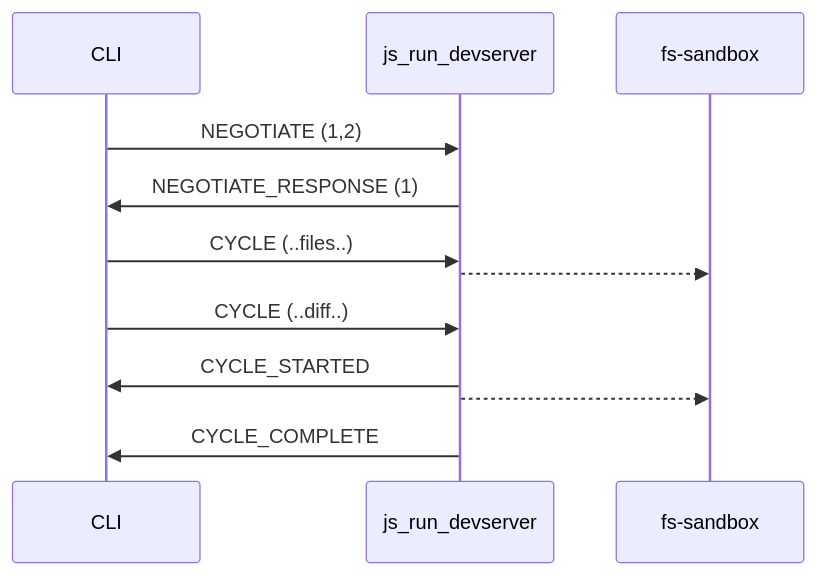
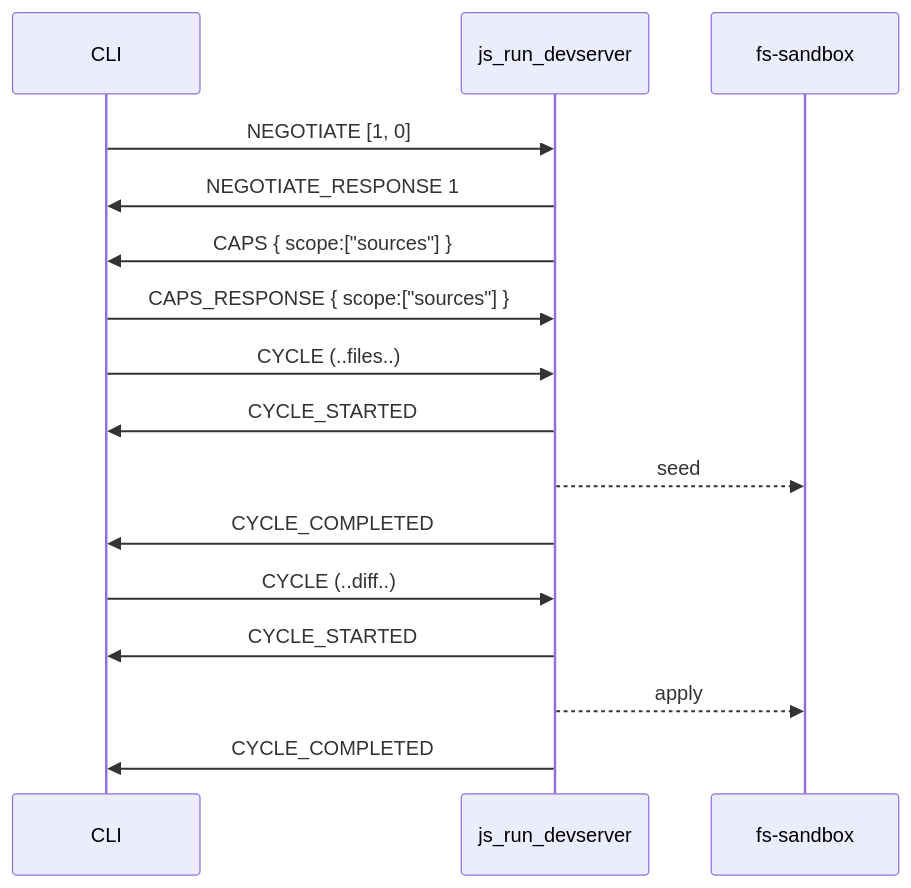
One commit to aspect-extensions/watchdog changed the first of 2 diagrams in INCREMENTAL_BUILD_PROTOCOL.md. Above: the diagram before and after it, drawn with Mermaid. The commit also changed other lines of this file and 2 other files, not shown here.

````diff
--- a/INCREMENTAL_BUILD_PROTOCOL.md
+++ b/INCREMENTAL_BUILD_PROTOCOL.md
@@ -213,15 +198,18 @@
 ```mermaid
 sequenceDiagram
     participant CLI
     participant js_run_devserver
     participant fs-sandbox
-    CLI->>js_run_devserver: NEGOTIATE (1,2)
-    js_run_devserver->>CLI: NEGOTIATE_RESPONSE (1)
+    CLI->>js_run_devserver: NEGOTIATE [1, 0]
+    js_run_devserver->>CLI: NEGOTIATE_RESPONSE 1
+    js_run_devserver->>CLI: CAPS { scope:["sources"] }
+    CLI->>js_run_devserver: CAPS_RESPONSE { scope:["sources"] }
     CLI->>js_run_devserver: CYCLE (..files..)
-    js_run_devserver-->>fs-sandbox:
+    js_run_devserver->>CLI: CYCLE_STARTED
+    js_run_devserver-->>fs-sandbox: seed
+    js_run_devserver->>CLI: CYCLE_COMPLETED
     CLI->>js_run_devserver: CYCLE (..diff..)
     js_run_devserver->>CLI: CYCLE_STARTED
-    js_run_devserver-->>fs-sandbox:
-    js_run_devserver->>CLI: CYCLE_COMPLETE
-
+    js_run_devserver-->>fs-sandbox: apply
+    js_run_devserver->>CLI: CYCLE_COMPLETED
 ```
````
